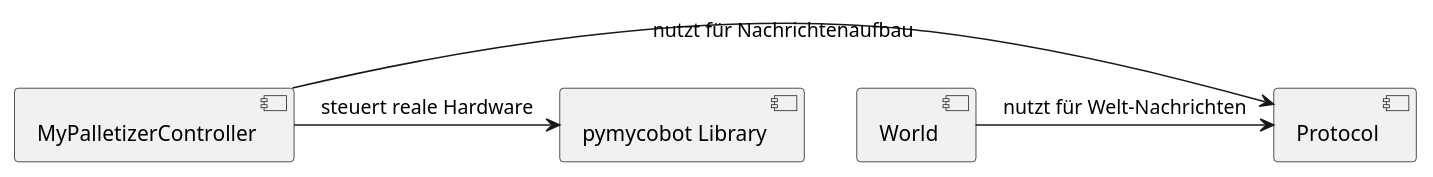
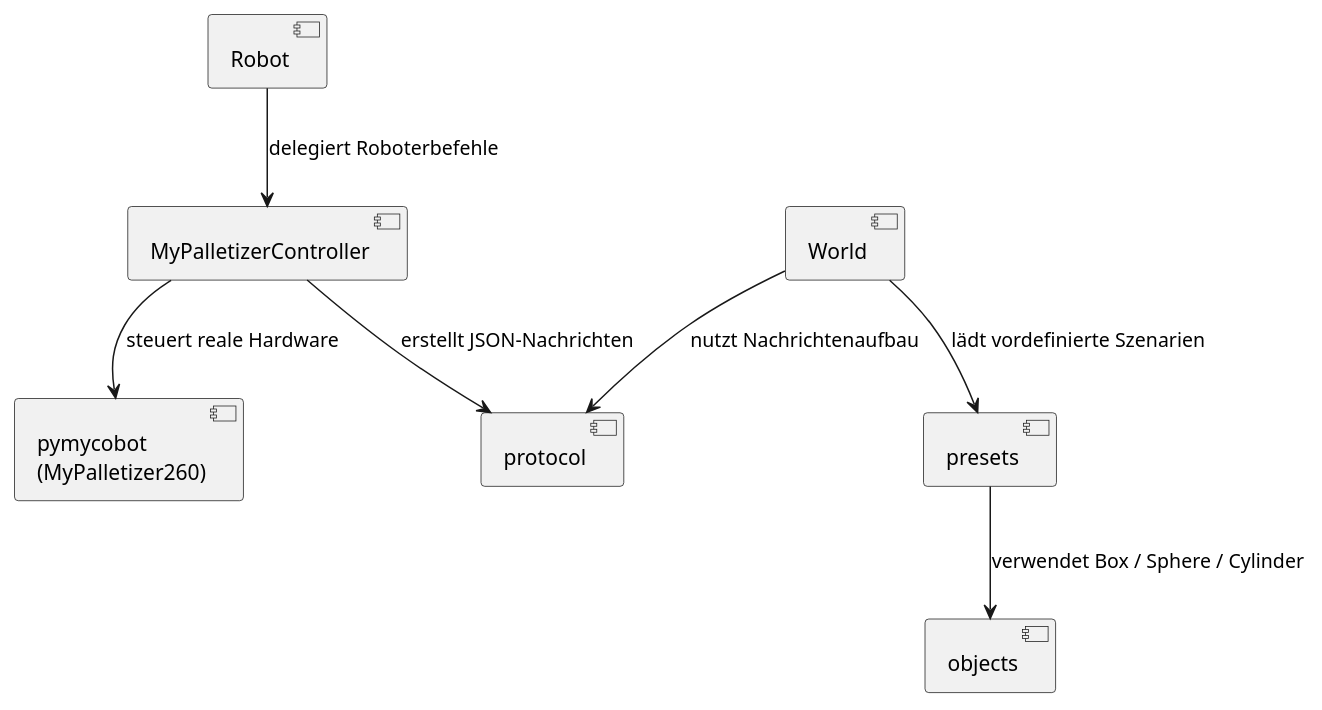
Before and after one commit to Stonehouse1703/DigitalTwin-for-MyPalletizer-UnityVersion: the second of 7 diagrams in docs/asciidoc/chapters/05_building_block_view.adoc, drawn with PlantUML. The commit also changed other lines of this file, not shown here.

Commit message:
Refine building block view documentation: enhance clarity of system architecture, component roles, and communication protocols

```diff
--- a/docs/asciidoc/chapters/05_building_block_view.adoc
+++ b/docs/asciidoc/chapters/05_building_block_view.adoc
@@ -42,13 +56,19 @@
 [plantuml, target="diagram-python-l2", format="png"]
 ----
 @startuml
+component "Robot" as Robot
 component "MyPalletizerController" as MPC
-component "World" as W
-component "Protocol" as P
-component "pymycobot Library" as PMC
+component "World" as World
+component "protocol" as Protocol
+component "presets" as Presets
+component "objects" as Objects
+component "pymycobot\n(MyPalletizer260)" as PyMyCobot
 
-MPC -> P : nutzt für Nachrichtenaufbau
-MPC -> PMC : steuert reale Hardware
-W -> P : nutzt für Welt-Nachrichten
+Robot --> MPC : delegiert Roboterbefehle
+World --> Protocol : nutzt Nachrichtenaufbau
+World --> Presets : lädt vordefinierte Szenarien
+Presets --> Objects : verwendet Box / Sphere / Cylinder
+MPC --> Protocol : erstellt JSON-Nachrichten
+MPC --> PyMyCobot : steuert reale Hardware
 @enduml
 ----
```
